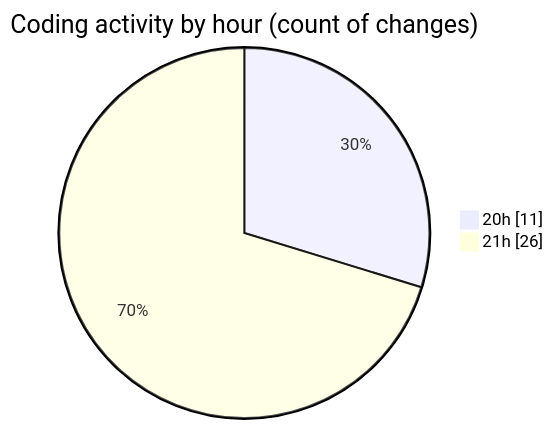
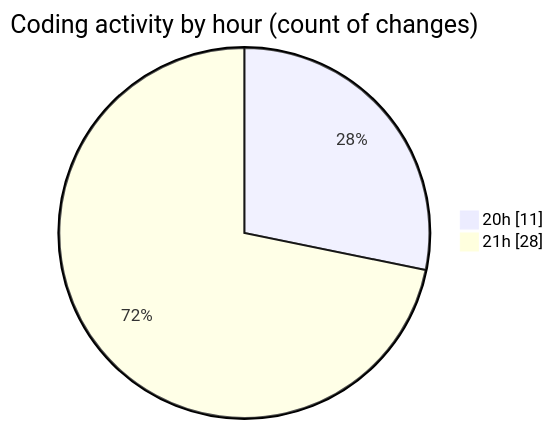
One commit to MatusMokan/code-tracking changed the second of 2 diagrams in 2025-04-10/myws__workspace_/README.md. Above: the diagram before and after it, drawn with Mermaid. The commit also changed other lines of this file and 1 other file, not shown here.

````diff
--- a/2025-04-10/myws__workspace_/README.md
+++ b/2025-04-10/myws__workspace_/README.md
@@ -30,6 +30,6 @@
 ```mermaid
 pie showData
 title Coding activity by hour (count of changes)
 "20h" : 11
-"21h" : 26
+"21h" : 28
 ```
````
